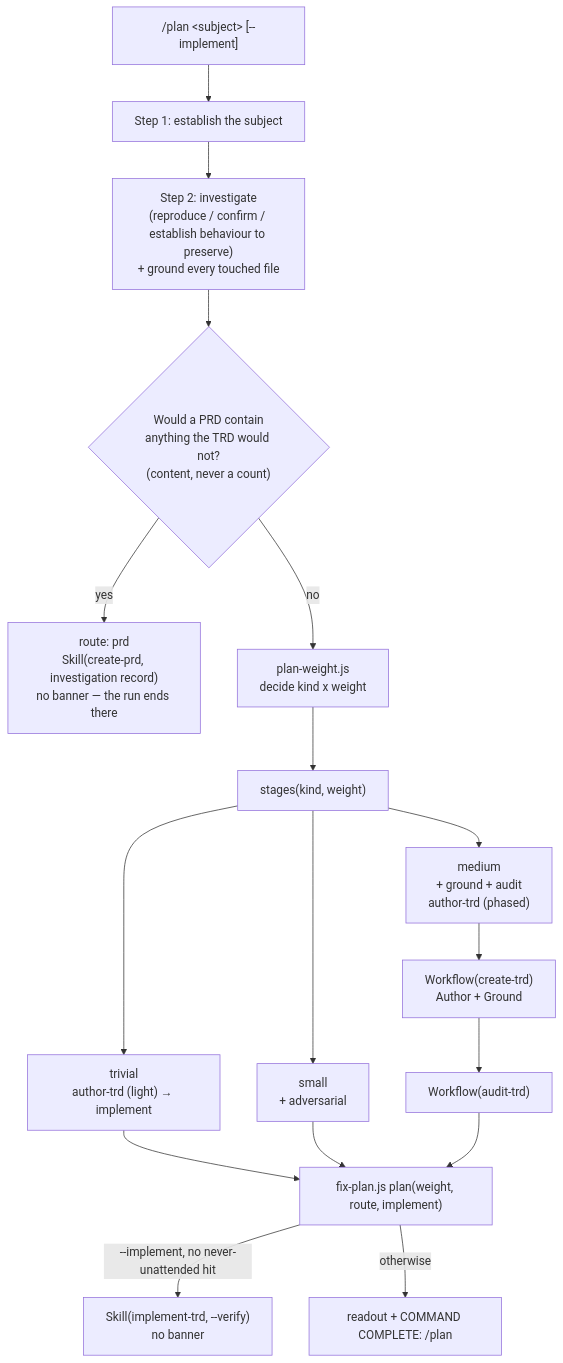
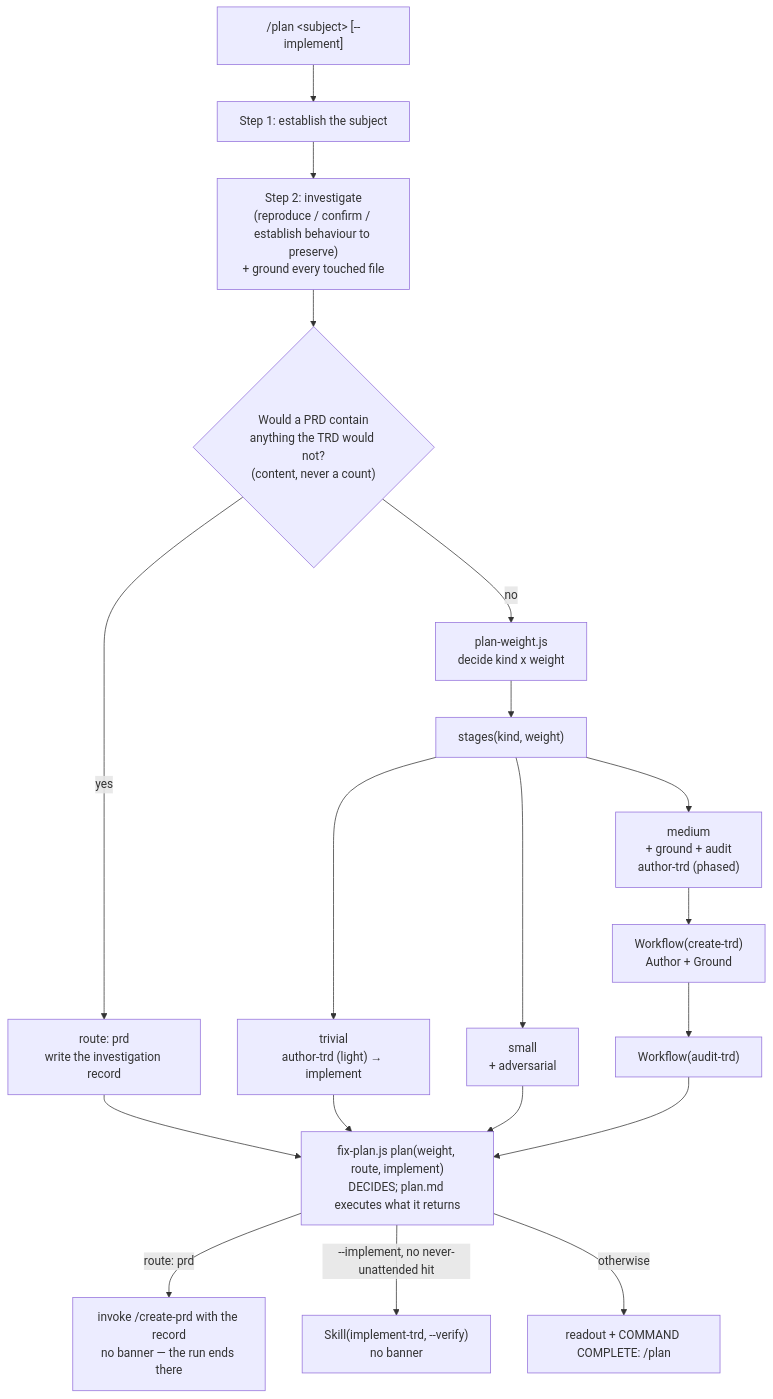
Before and after one commit to FortiumPartners/ensemble-vnext: the first of 3 diagrams in docs/TRD/plan-weight-router.md, drawn with Mermaid. The commit also changed other lines of this file, not shown here.

First line of the commit message:
docs(trd): plan-weight-router v1.3.0 — audited, and the one blocker settled

````diff
--- a/docs/TRD/plan-weight-router.md
+++ b/docs/TRD/plan-weight-router.md
@@ -170,25 +172,27 @@
 ```mermaid
 graph TB
     IN["/plan &lt;subject&gt; [--implement]"] --> SUBJ["Step 1: establish the subject"]
     SUBJ --> INV["Step 2: investigate<br/>(reproduce / confirm / establish behaviour to preserve)<br/>+ ground every touched file"]
     INV --> EXIT{"Would a PRD contain<br/>anything the TRD would not?<br/>(content, never a count)"}
 
-    EXIT -->|yes| PRD["route: prd<br/>Skill(create-prd, investigation record)<br/>no banner — the run ends there"]
+    EXIT -->|yes| PRD["route: prd<br/>write the investigation record"]
     EXIT -->|no| AXES["plan-weight.js<br/>decide kind x weight"]
 
     AXES --> SL["stages(kind, weight)"]
 
     SL --> T["trivial<br/>author-trd (light) → implement"]
     SL --> S["small<br/>+ adversarial"]
     SL --> M["medium<br/>+ ground + audit<br/>author-trd (phased)"]
 
     M --> W1["Workflow(create-trd)<br/>Author + Ground"]
     W1 --> W2["Workflow(audit-trd)"]
 
     T --> RUN
     S --> RUN
-    W2 --> RUN["fix-plan.js plan(weight, route, implement)"]
+    PRD --> RUN
+    W2 --> RUN["fix-plan.js plan(weight, route, implement)<br/>DECIDES; plan.md executes what it returns"]
 
+    RUN -->|"route: prd"| CPRD["invoke /create-prd with the record<br/>no banner — the run ends there"]
     RUN -->|"--implement, no never-unattended hit"| IMPL["Skill(implement-trd, --verify)<br/>no banner"]
     RUN -->|otherwise| STOP["readout + COMMAND COMPLETE: /plan"]
 ```
````
